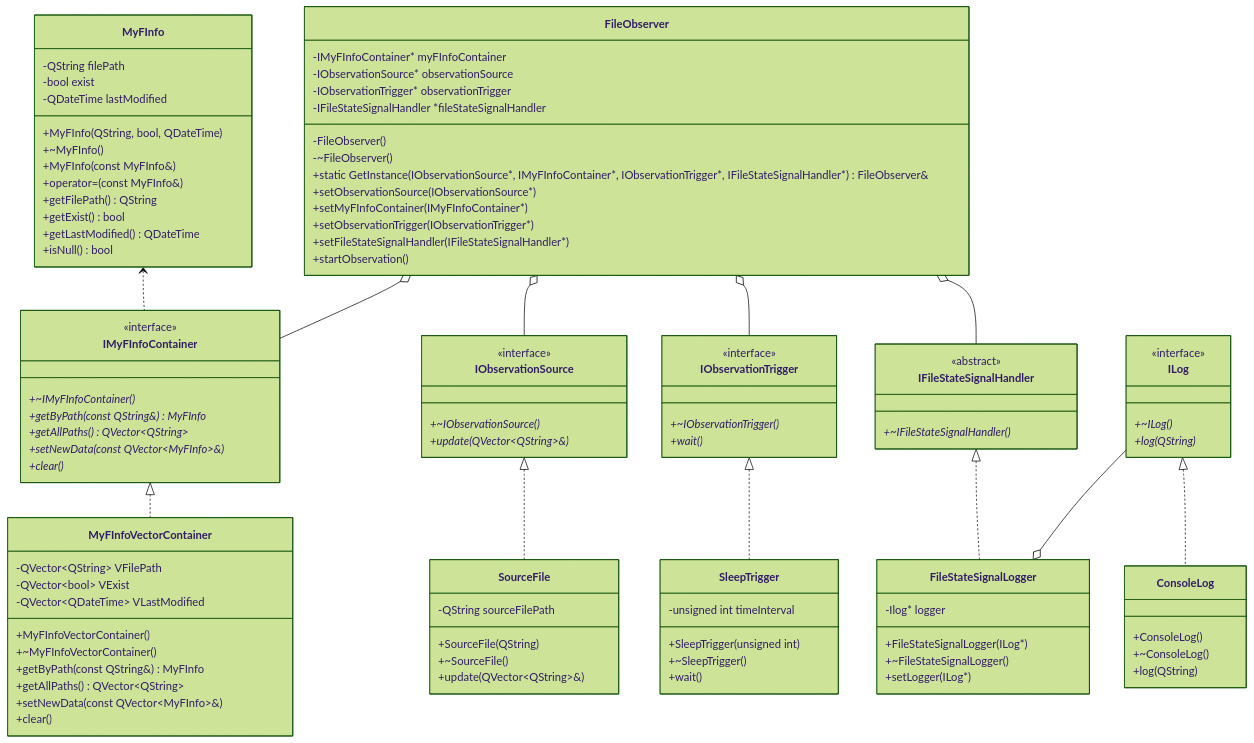
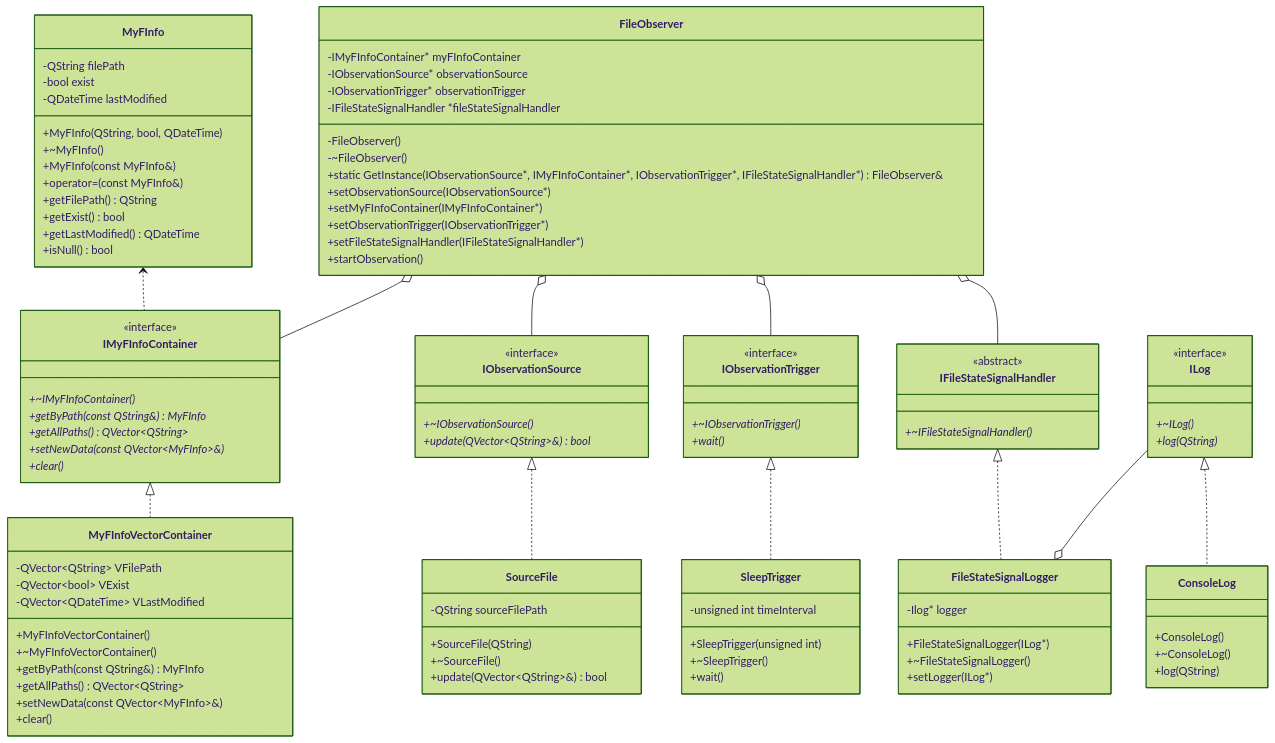
One commit to ILoveHumanity/FileWarden changed the diagram in README.md. Above: the diagram before and after it, drawn with Mermaid (forest theme). The commit also changed 5 other files, not shown here.

```diff
--- a/README.md
+++ b/README.md
@@ -61,13 +61,13 @@
 	class IObservationSource {
 		<<interface>>
 		+~IObservationSource()*
-		+update(QVector~QString~&)*
+		+update(QVector~QString~&) bool*
 	}
 	class SourceFile {
 		-QString sourceFilePath
 		+SourceFile(QString)
 		+~SourceFile()
-		+update(QVector~QString~&)
+		+update(QVector~QString~&) bool
 	}
 
 	class IObservationTrigger {
```
